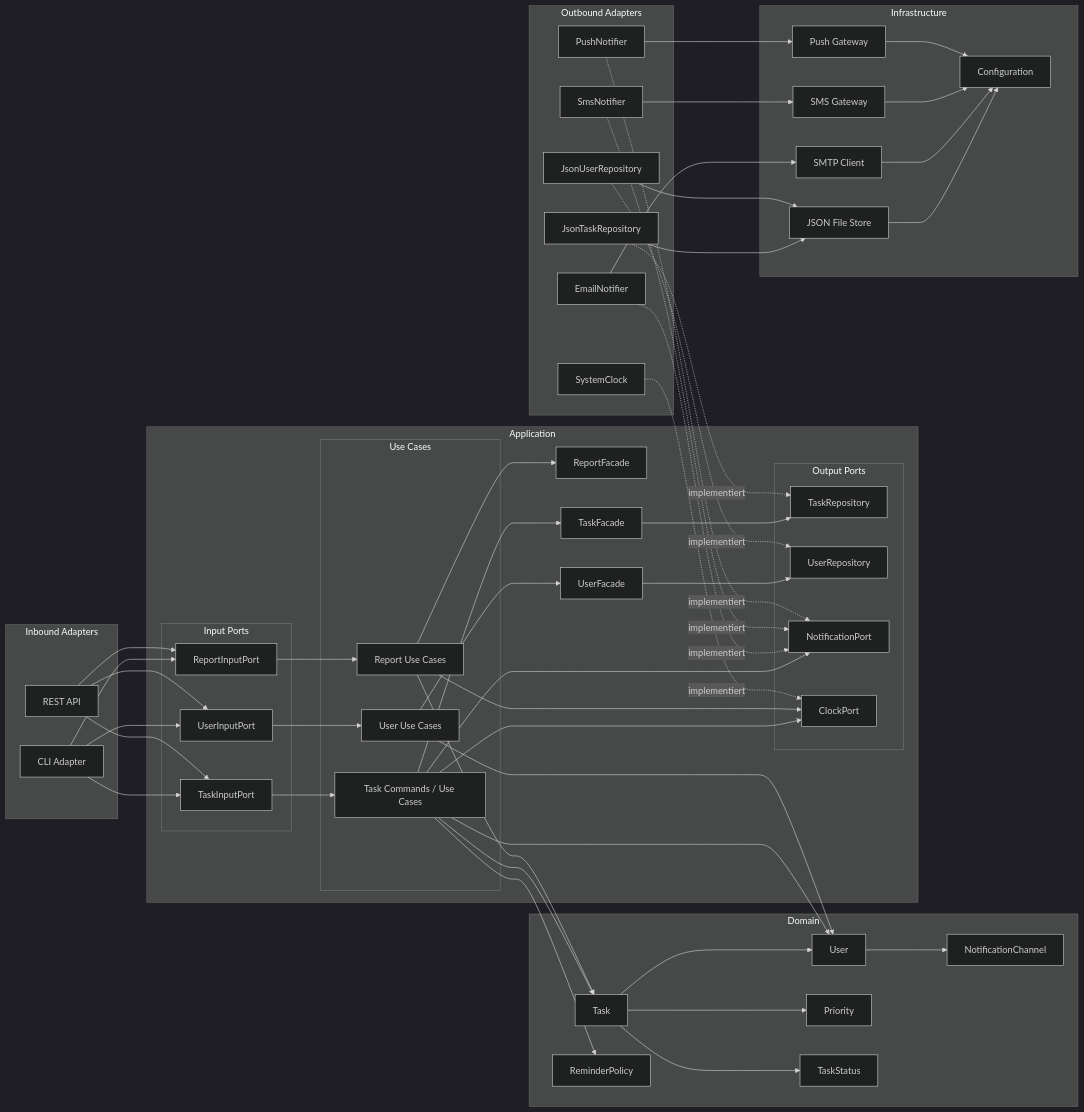
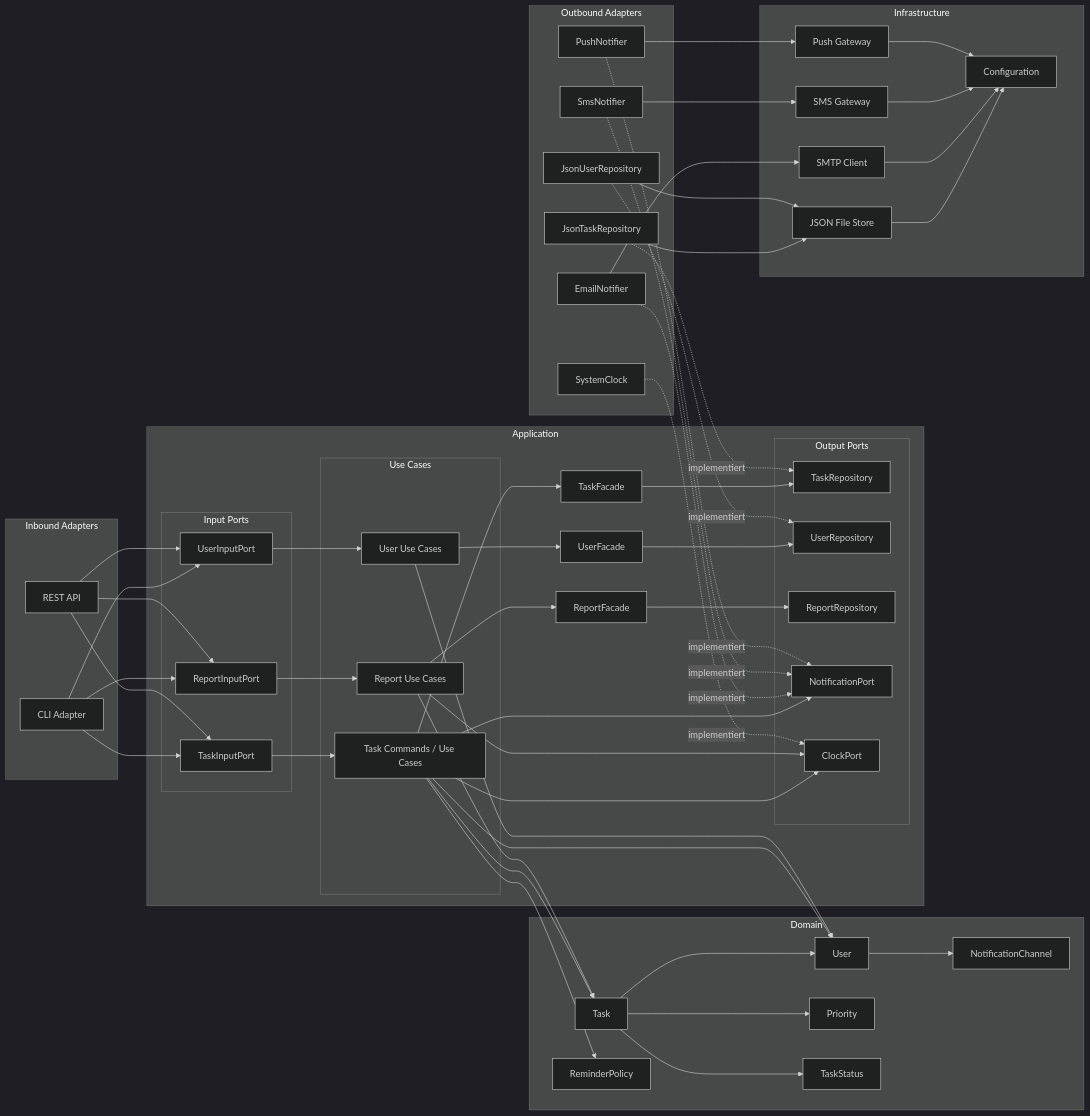
Before and after one commit to marvinhamacher/CodeQualerinoFixed: the diagram in arcgitekturmodell v3.md, drawn with Mermaid (dark theme).

Commit message:
Update arcgitekturmodell v3.md

```diff
--- a/arcgitekturmodell v3.md
+++ b/arcgitekturmodell v3.md
@@ -27,6 +27,7 @@
     subgraph OutputPorts["Output Ports"]
         TaskRepo["TaskRepository"]
         UserRepo["UserRepository"]
+        ReportRepo["ReportRepository"]
         NotificationPort["NotificationPort"]
         ClockPort["ClockPort"]
     end
@@ -91,6 +92,7 @@
 
 TaskFacade --> TaskRepo
 UserFacade --> UserRepo
+ReportFacade --> ReportRepo
 
 TaskUC --> NotificationPort
 TaskUC --> ClockPort
```
